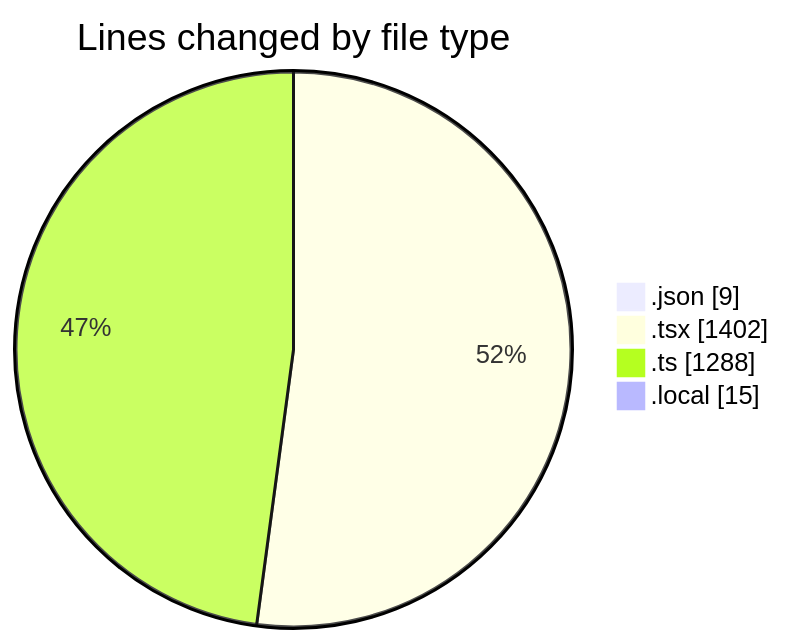
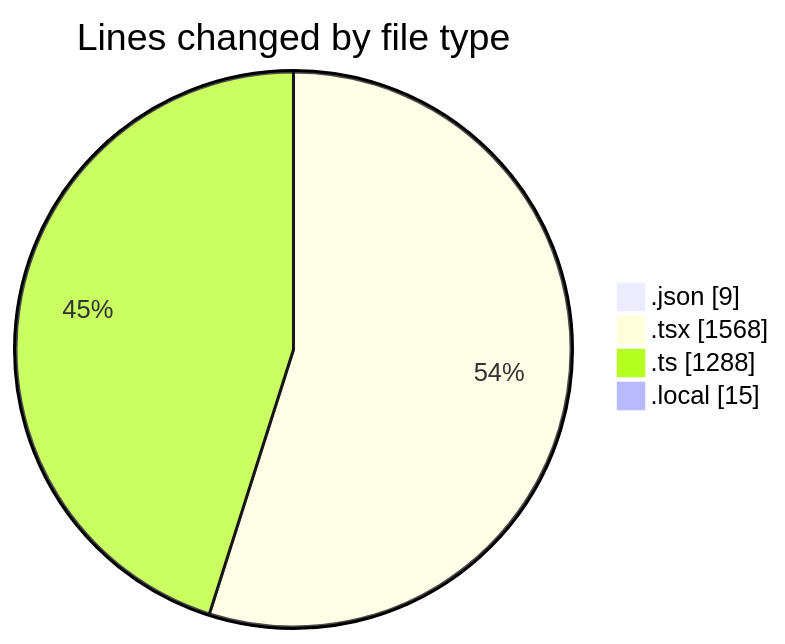
Before and after one commit to julien-gomy/code-tracking: the first of 2 diagrams in 2025-10-27/eventscop-frontend-guide__workspace_/README.md, drawn with Mermaid. The commit also changed other lines of this file and 1 other file, not shown here.

````diff
--- a/2025-10-27/eventscop-frontend-guide__workspace_/README.md
+++ b/2025-10-27/eventscop-frontend-guide__workspace_/README.md
@@ -33,8 +34,8 @@
 ```mermaid
 pie showData
 title Lines changed by file type
 ".json" : 9
-".tsx" : 1402
+".tsx" : 1568
 ".ts" : 1288
 ".local" : 15
 ```
````
